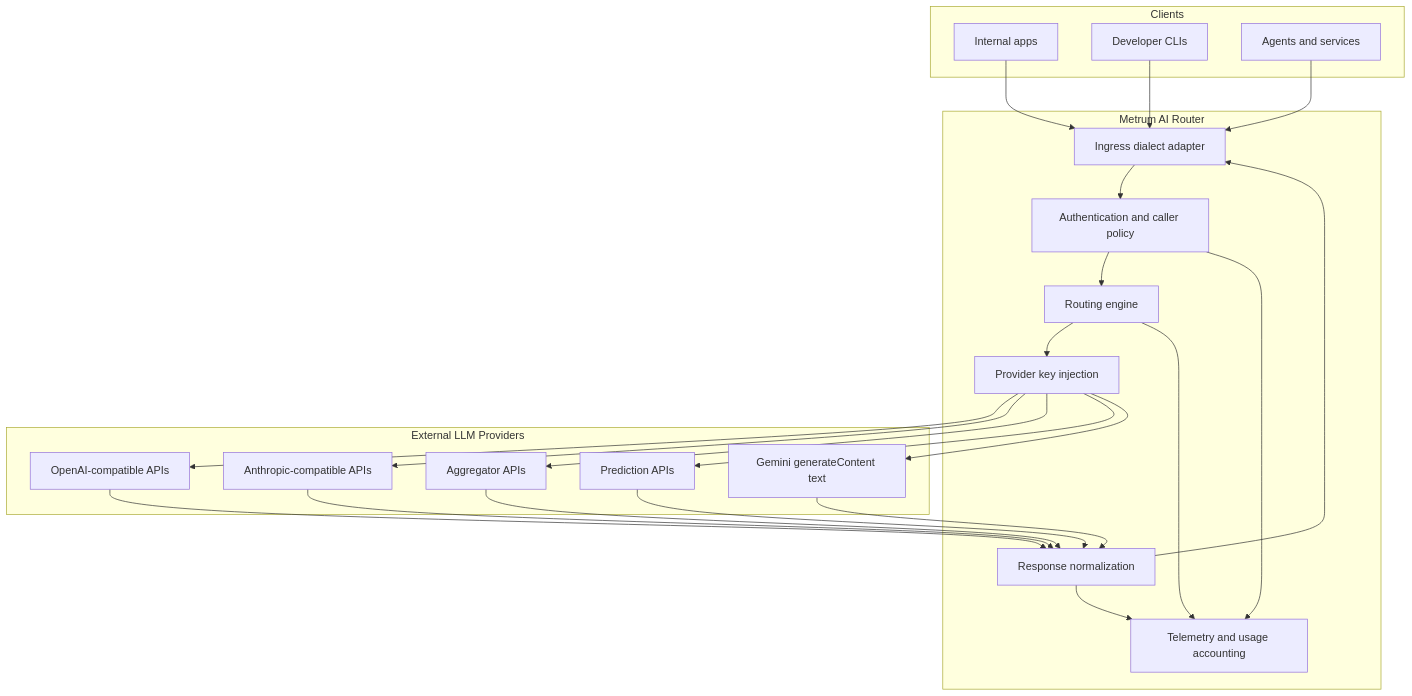
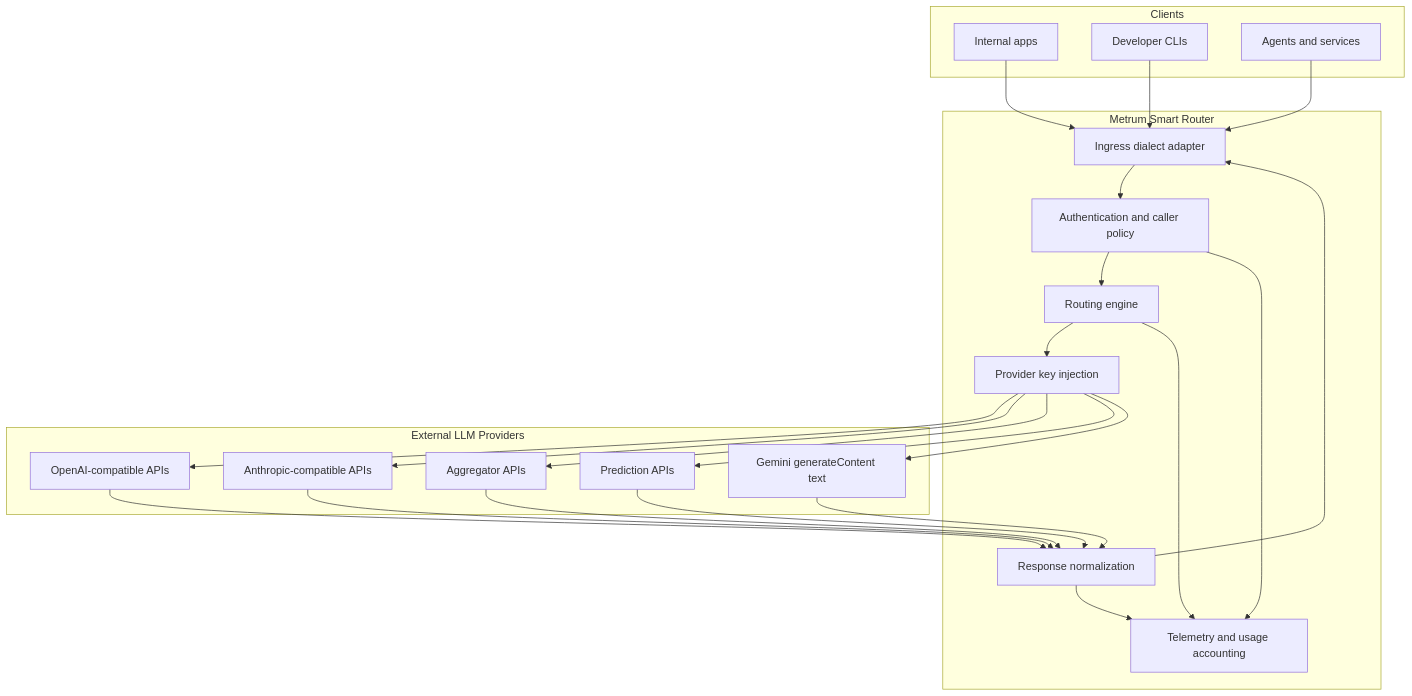
Before and after one commit to Metrum-AI-Products/genai-smart-router: the second of 7 diagrams in docs/solution-brief.md, drawn with Mermaid. The commit also changed other lines of this file and 103 other files, not shown here.

First line of the commit message:
docs: position Metrum Smart Router as an LLM smart router

````diff
--- a/docs/solution-brief.md
+++ b/docs/solution-brief.md
@@ -78,44 +78,44 @@
 ```mermaid
 flowchart TB
   subgraph Clients
     C1[Internal apps]
     C2[Developer CLIs]
     C3[Agents and services]
   end
 
-  subgraph Router[Metrum AI Router]
+  subgraph Router[Metrum Smart Router]
     I[Ingress dialect adapter]
     A[Authentication and caller policy]
     R[Routing engine]
     K[Provider key injection]
     O[Response normalization]
     T[Telemetry and usage accounting]
   end
 
   subgraph Providers[External LLM Providers]
     OA[OpenAI-compatible APIs]
     AN[Anthropic-compatible APIs]
     OR[Aggregator APIs]
     RP[Prediction APIs]
     GM[Gemini generateContent text]
   end
 
   C1 --> I
   C2 --> I
   C3 --> I
   I --> A --> R --> K
   K --> OA
   K --> AN
   K --> OR
   K --> RP
   K --> GM
   OA --> O
   AN --> O
   OR --> O
   RP --> O
   GM --> O
   O --> I
   A --> T
   R --> T
   O --> T
 ```
````
